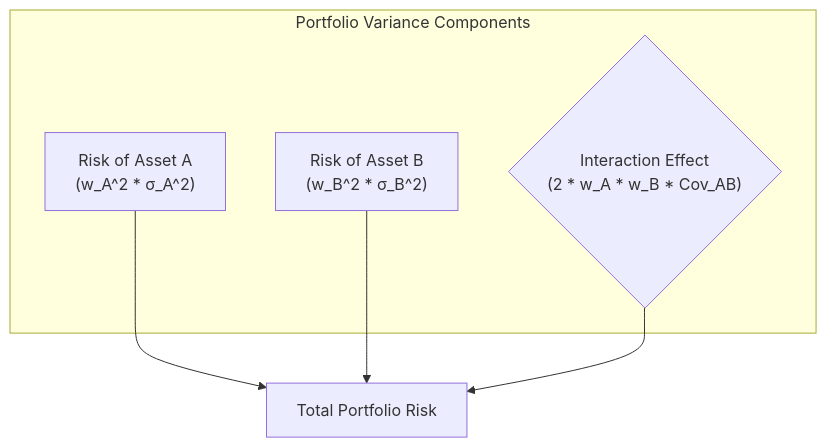
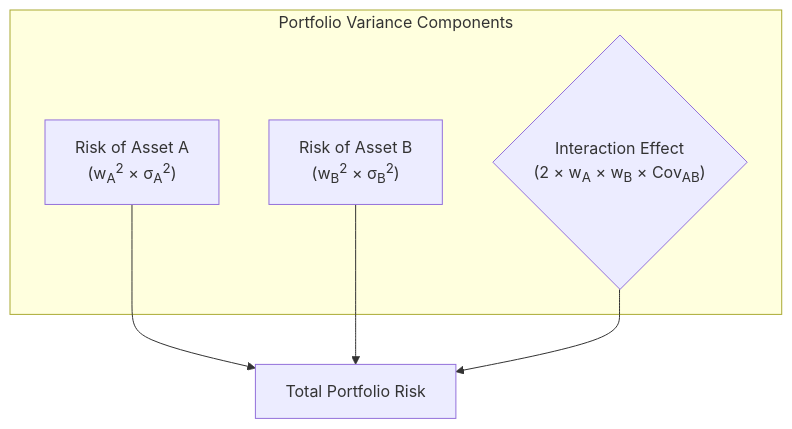
The first of 2 diagrams in docs/LOS/Quant/Reading 5.md (agarwalvipin/open_cfa), drawn with Mermaid before and after one commit. The commit also changed 6 other files, not shown here.

````diff
--- a/docs/LOS/Quant/Reading 5.md
+++ b/docs/LOS/Quant/Reading 5.md
@@ -32,11 +32,11 @@
 ```mermaid
 graph TD
     subgraph "Portfolio Variance Components"
-        A["Risk of Asset A<br>(w_A^2 * σ_A^2)"]
-        B["Risk of Asset B<br>(w_B^2 * σ_B^2)"]
-        C{"Interaction Effect<br>(2 * w_A * w_B * Cov_AB)"}
+  A["Risk of Asset A<br/>(w<sub>A</sub><sup>2</sup> × &sigma;<sub>A</sub><sup>2</sup>)"]
+  B["Risk of Asset B<br/>(w<sub>B</sub><sup>2</sup> × &sigma;<sub>B</sub><sup>2</sup>)"]
+  C{"Interaction Effect<br/>(2 × w<sub>A</sub> × w<sub>B</sub> × Cov<sub>AB</sub>)"}
     end
     A --> D["Total Portfolio Risk"];
     B --> D;
     C --> D;
 ```
````
